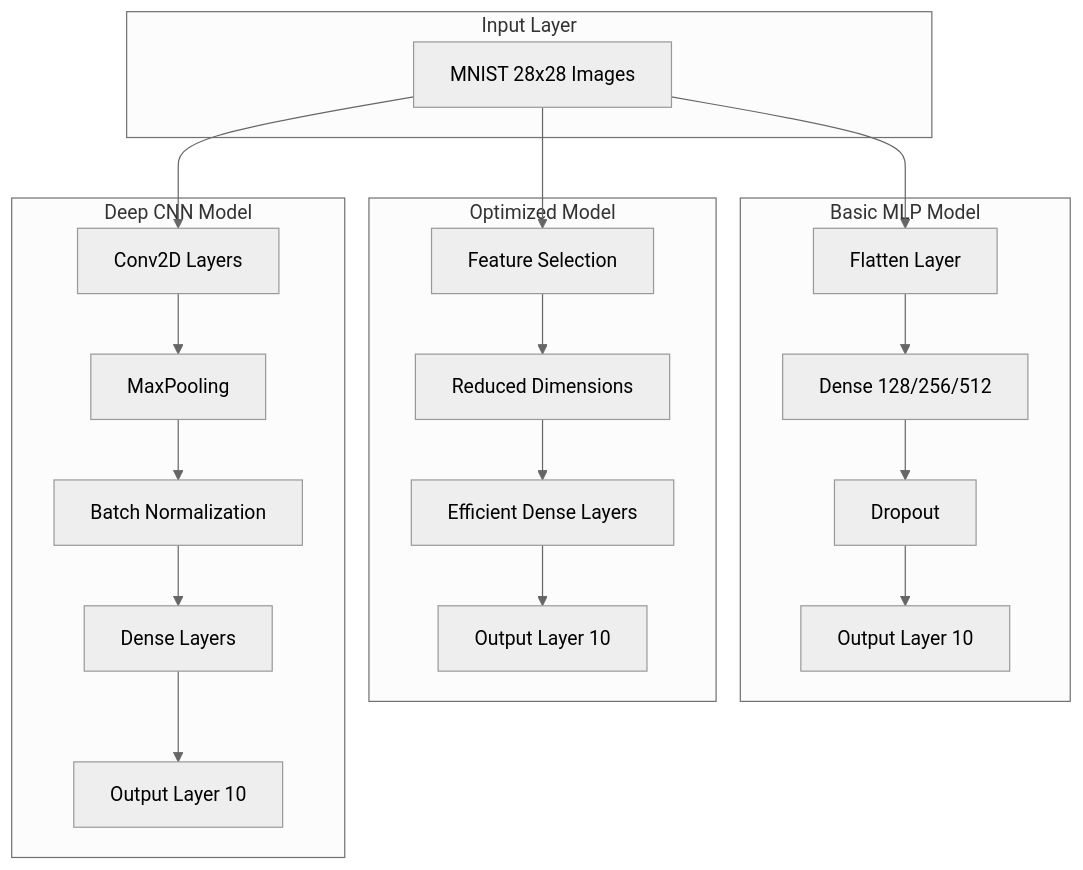
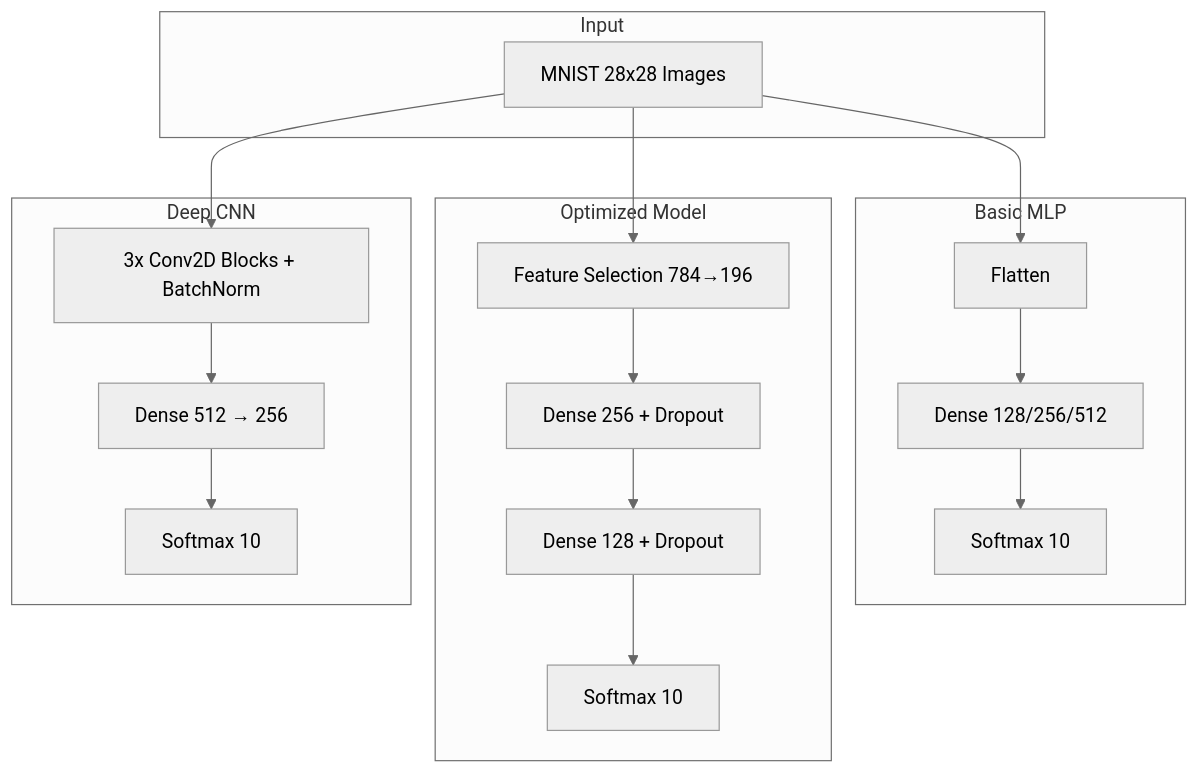
One commit to ChanMeng666/mnist-handwritten-digit-recognition-project changed the diagram in README.md. Above: the diagram before and after it, drawn with Mermaid (neutral theme). The commit also changed other lines of this file and 27 other files, not shown here.

````diff
--- a/README.md
+++ b/README.md
@@ -264,36 +36,22 @@
 ```mermaid
 graph TB
-    subgraph "Input Layer"
+    subgraph Input
         A[MNIST 28x28 Images]
     end
-    
-    subgraph "Basic MLP Model"
-        B1[Flatten Layer]
-        B2[Dense 128/256/512]
-        B3[Dropout]
-        B4[Output Layer 10]
+
+    subgraph "Basic MLP"
+        B1[Flatten] --> B2[Dense 128/256/512] --> B3[Softmax 10]
     end
-    
+
     subgraph "Optimized Model"
-        C1[Feature Selection]
-        C2[Reduced Dimensions]
-        C3[Efficient Dense Layers]
-        C4[Output Layer 10]
+        C1[Feature Selection 784→196] --> C2[Dense 256 + Dropout] --> C3[Dense 128 + Dropout] --> C4[Softmax 10]
     end
-    
-    subgraph "Deep CNN Model"
-        D1[Conv2D Layers]
-        D2[MaxPooling]
-        D3[Batch Normalization]
-        D4[Dense Layers]
-        D5[Output Layer 10]
+
+    subgraph "Deep CNN"
+        D1[3x Conv2D Blocks + BatchNorm] --> D2[Dense 512 → 256] --> D3[Softmax 10]
     end
-    
+
     A --> B1
     A --> C1
     A --> D1
-    
-    B1 --> B2 --> B3 --> B4
-    C1 --> C2 --> C3 --> C4
-    D1 --> D2 --> D3 --> D4 --> D5
 ```
````
